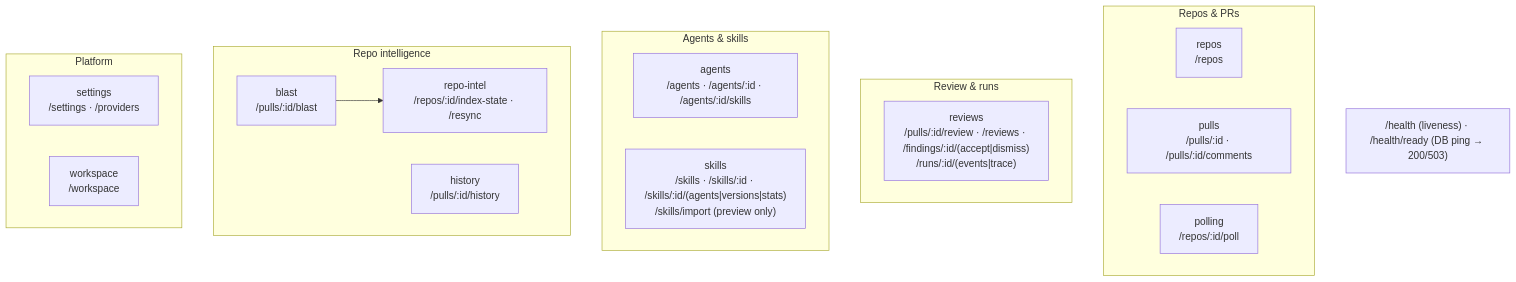
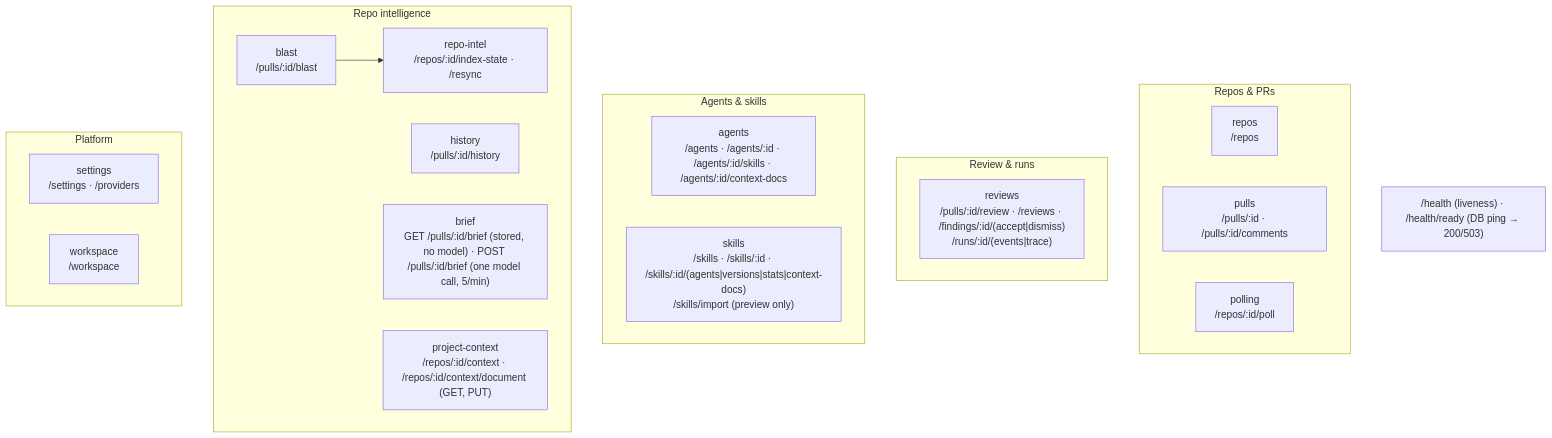
Before and after one commit to OlegDEma/dev-digest: the second of 2 diagrams in server/README.md, drawn with Mermaid. The commit also changed other lines of this file and 318 other files, not shown here.

````diff
--- a/server/README.md
+++ b/server/README.md
@@ -64,26 +64,28 @@
 ```mermaid
 flowchart TB
   subgraph Repos_PRs["Repos & PRs"]
     repos["repos<br/>/repos"]
     pulls["pulls<br/>/pulls/:id · /pulls/:id/comments"]
     polling["polling<br/>/repos/:id/poll"]
   end
   subgraph Review["Review & runs"]
     reviews["reviews<br/>/pulls/:id/review · /reviews · /findings/:id/(accept|dismiss)<br/>/runs/:id/(events|trace)"]
   end
   subgraph Agents["Agents & skills"]
-    agents["agents<br/>/agents · /agents/:id · /agents/:id/skills"]
-    skills["skills<br/>/skills · /skills/:id · /skills/:id/(agents|versions|stats)<br/>/skills/import (preview only)"]
+    agents["agents<br/>/agents · /agents/:id · /agents/:id/skills · /agents/:id/context-docs"]
+    skills["skills<br/>/skills · /skills/:id · /skills/:id/(agents|versions|stats|context-docs)<br/>/skills/import (preview only)"]
   end
   subgraph Intel["Repo intelligence"]
     repoIntel["repo-intel<br/>/repos/:id/index-state · /resync"]
     blast["blast<br/>/pulls/:id/blast"]
     blast --> repoIntel
     history["history<br/>/pulls/:id/history"]
+    brief["brief<br/>GET /pulls/:id/brief (stored, no model) · POST /pulls/:id/brief (one model call, 5/min)"]
+    projectContext["project-context<br/>/repos/:id/context · /repos/:id/context/document (GET, PUT)"]
   end
   subgraph Platform["Platform"]
     settings["settings<br/>/settings · /providers"]
     workspace["workspace<br/>/workspace"]
   end
   HEALTH["/health (liveness) · /health/ready (DB ping → 200/503)"]
 ```
````
